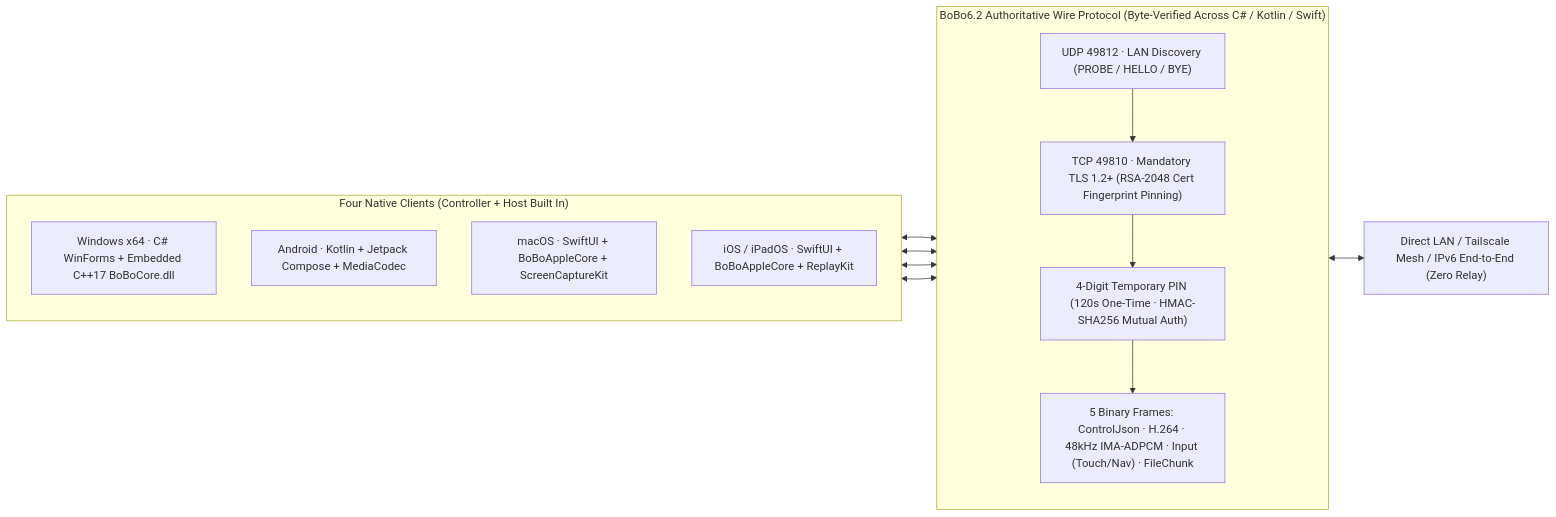
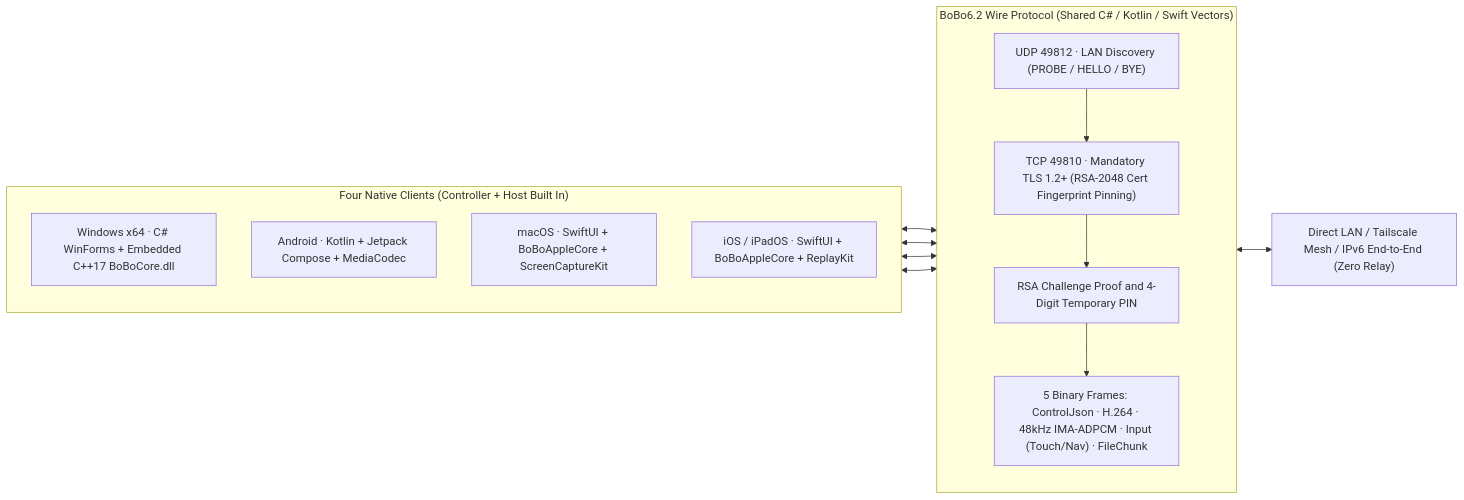
One commit to Gluxggg/BoBo-Remote changed the diagram in README.en.md. Above: the diagram before and after it, drawn with Mermaid. The commit also changed other lines of this file and 111 other files, not shown here.

````diff
--- a/README.en.md
+++ b/README.en.md
@@ -63,27 +62,27 @@
 ```mermaid
 flowchart LR
   subgraph CLIENTS["Four Native Clients (Controller + Host Built In)"]
     direction TB
     WIN["Windows x64 · C# WinForms + Embedded C++17 BoBoCore.dll"]
     AND["Android · Kotlin + Jetpack Compose + MediaCodec"]
     MAC["macOS · SwiftUI + BoBoAppleCore + ScreenCaptureKit"]
     IOS["iOS / iPadOS · SwiftUI + BoBoAppleCore + ReplayKit"]
   end
 
-  subgraph PROTO["BoBo6.2 Authoritative Wire Protocol (Byte-Verified Across C# / Kotlin / Swift)"]
+  subgraph PROTO["BoBo6.2 Wire Protocol (Shared C# / Kotlin / Swift Vectors)"]
     direction TB
     DISC["UDP 49812 · LAN Discovery (PROBE / HELLO / BYE)"]
     TLS["TCP 49810 · Mandatory TLS 1.2+ (RSA-2048 Cert Fingerprint Pinning)"]
-    AUTH["4-Digit Temporary PIN (120s One-Time · HMAC-SHA256 Mutual Auth)"]
+    AUTH["RSA Challenge Proof and 4-Digit Temporary PIN"]
     FRAMES["5 Binary Frames: ControlJson · H.264 · 48kHz IMA-ADPCM · Input (Touch/Nav) · FileChunk"]
     DISC --> TLS --> AUTH --> FRAMES
   end
 
   NET["Direct LAN / Tailscale Mesh / IPv6 End-to-End (Zero Relay)"]
 
   WIN <--> PROTO
   AND <--> PROTO
   MAC <--> PROTO
   IOS <--> PROTO
   PROTO <--> NET
 ```
````
